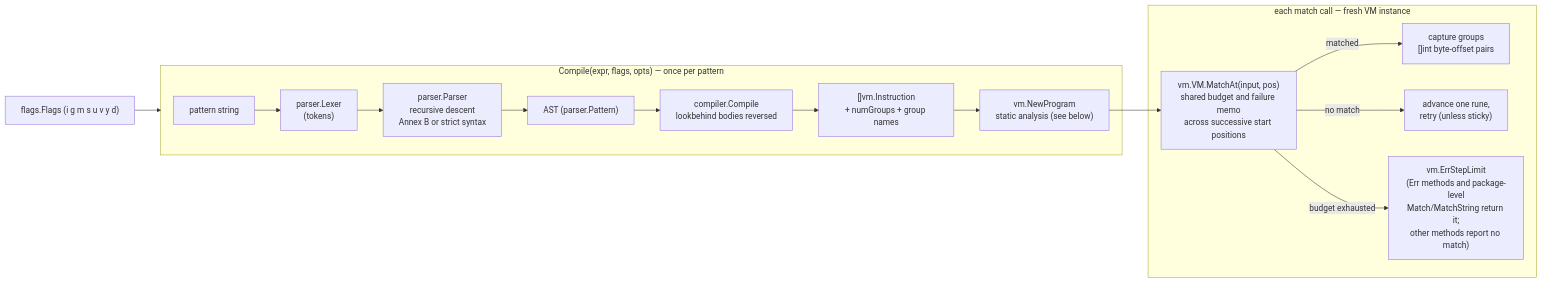
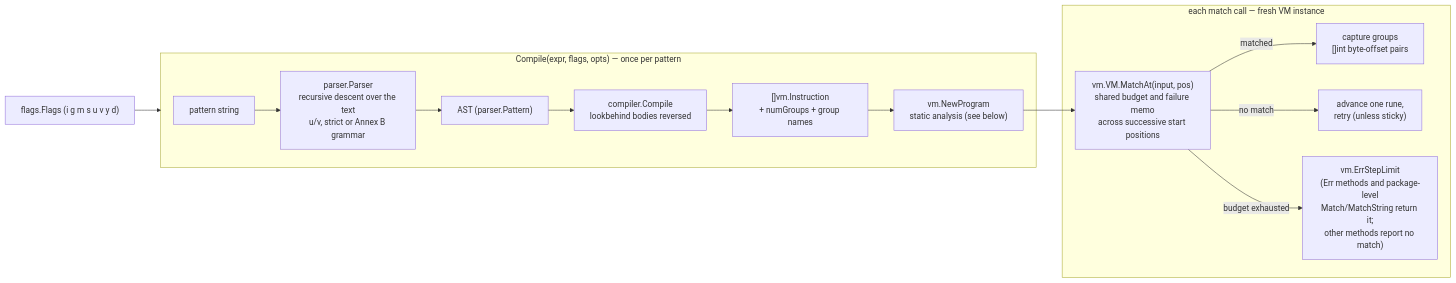
The first of 2 diagrams in docs/architecture.md (mgilbir/goecma262), drawn with Mermaid before and after one commit. The commit also changed other lines of this file and 8 other files, not shown here.

````diff
--- a/docs/architecture.md
+++ b/docs/architecture.md
@@ -24,18 +24,17 @@
 ```mermaid
 flowchart LR
     subgraph Compile["Compile(expr, flags, opts) — once per pattern"]
-        SRC["pattern string"] --> LEX["parser.Lexer<br/>(tokens)"]
-        LEX --> PARSE["parser.Parser<br/>recursive descent<br/>Annex B or strict syntax"]
+        SRC["pattern string"] --> PARSE["parser.Parser<br/>recursive descent over the text<br/>u/v, strict or Annex B grammar"]
         PARSE --> AST["AST (parser.Pattern)"]
         AST --> COMP["compiler.Compile<br/>lookbehind bodies reversed"]
         COMP --> CODE["[]vm.Instruction<br/>+ numGroups + group names"]
         CODE --> PROG["vm.NewProgram<br/>static analysis (see below)"]
     end
     subgraph Match["each match call — fresh VM instance"]
         PROG --> VM["vm.VM.MatchAt(input, pos)<br/>shared budget and failure memo<br/>across successive start positions"]
         VM -->|"matched"| GROUPS["capture groups<br/>[]int byte-offset pairs"]
         VM -->|"no match"| NEXT["advance one rune,<br/>retry (unless sticky)"]
         VM -->|"budget exhausted"| ERR["vm.ErrStepLimit<br/>(Err methods and package-level<br/>Match/MatchString return it;<br/>other methods report no match)"]
     end
     FLAGS["flags.Flags (i g m s u v y d)"] --> Compile
 ```
````
